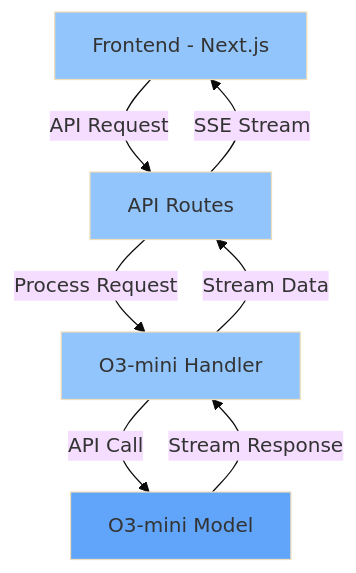
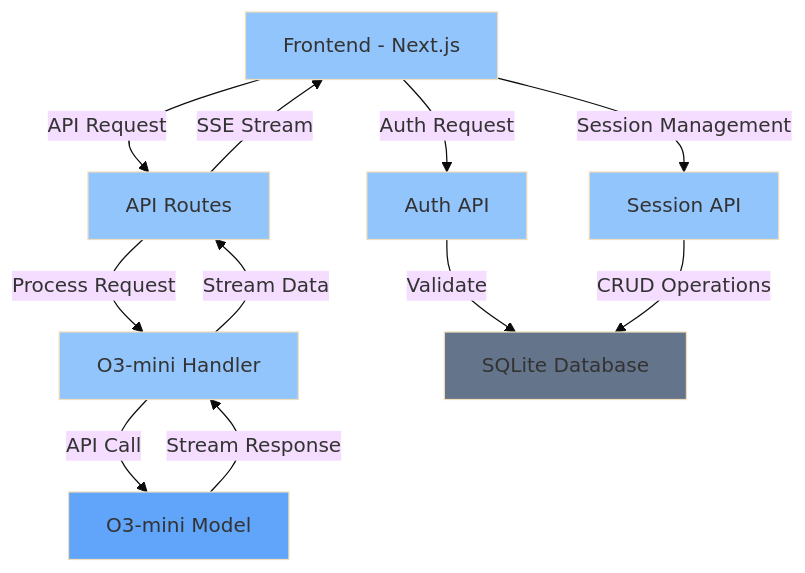
One commit to jydie5/Next.js-OpenAI-Chat-Bot changed the first of 4 diagrams in README.md. Above: the diagram before and after it, drawn with Mermaid (base theme). The commit also changed other lines of this file, not shown here.

````diff
--- a/README.md
+++ b/README.md
@@ -16,13 +19,20 @@
 ```mermaid
 graph TD
     A[Frontend - Next.js] -->|API Request| B[API Routes]
     B -->|Process Request| C[O3-mini Handler]
     C -->|API Call| D[O3-mini Model]
     D -->|Stream Response| C
     C -->|Stream Data| B
     B -->|SSE Stream| A
+    A -->|Auth Request| E[Auth API]
+    E -->|Validate| F[SQLite Database]
+    A -->|Session Management| G[Session API]
+    G -->|CRUD Operations| F
     style A fill:#93c5fd
     style B fill:#93c5fd
     style C fill:#93c5fd
     style D fill:#60a5fa
+    style E fill:#93c5fd
+    style F fill:#64748b
+    style G fill:#93c5fd
 ```
````
